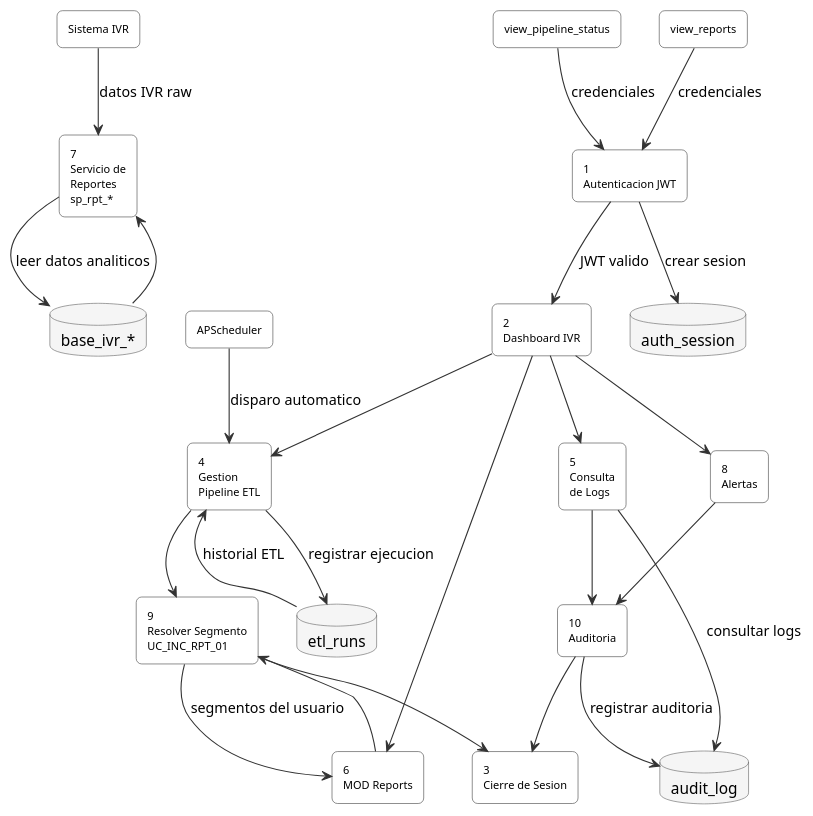
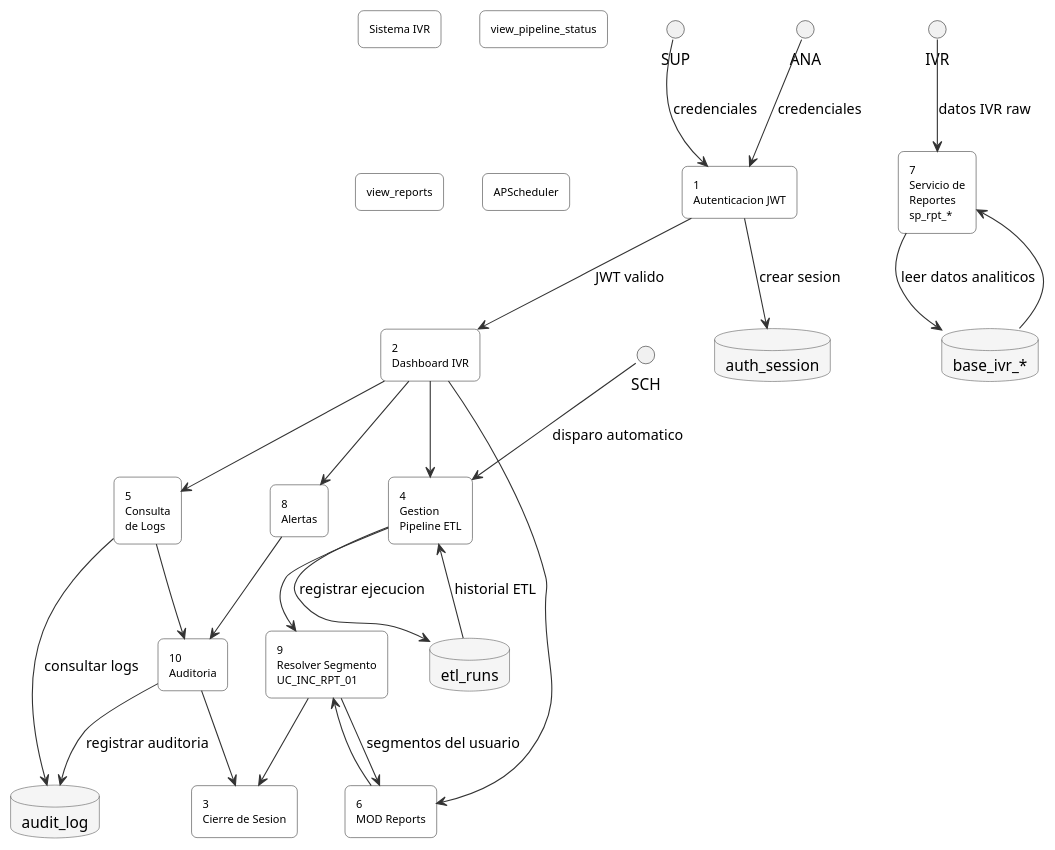
The diagram in source/arquitectura-tecnica/ArquitecturaSistema/dfd-nivel-1-subprocesos.rst (jcg-admin/IACT-docs), drawn with PlantUML before and after one commit. The commit also changed 47 other files, not shown here.

First line of the commit message:
Fix cryptic PlantUML aliases in UC and architecture files (STD_011)

```diff
--- a/source/arquitectura-tecnica/ArquitecturaSistema/dfd-nivel-1-subprocesos.rst
+++ b/source/arquitectura-tecnica/ArquitecturaSistema/dfd-nivel-1-subprocesos.rst
@@ -27,69 +27,69 @@
 .. uml::
  :caption: Figura 3 — DFD Nivel 1: descomposicion de sub-procesos
 
  @startuml
  skinparam rectangle {
    RoundCorner 10
    BackgroundColor white
    BorderColor #333333
    FontSize 10
  }
  skinparam database {
    BackgroundColor #f5f5f5
    BorderColor #555555
  }
  skinparam arrowColor #333333
 
- rectangle "Sistema IVR" as IVR
- rectangle "view_pipeline_status" as SUP
- rectangle "view_reports" as ANA
- rectangle "APScheduler" as SCH
+ rectangle "Sistema IVR" as SistemaIVR
+ rectangle "view_pipeline_status" as SupervisorSistema
+ rectangle "view_reports" as AnalistaReportes
+ rectangle "APScheduler" as DisparadorScheduler
 
  rectangle "1\nAutenticacion JWT" as P1
  rectangle "2\nDashboard IVR" as P2
  rectangle "3\nCierre de Sesion" as P3
  rectangle "4\nGestion\nPipeline ETL" as P4
  rectangle "5\nConsulta\nde Logs" as P5
  rectangle "6\nMOD Reports" as P6
  rectangle "7\nServicio de\nReportes\nsp_rpt_*" as P7
  rectangle "8\nAlertas" as P8
  rectangle "9\nResolver Segmento\nUC_INC_RPT_01" as P9
  rectangle "10\nAuditoria" as P10
 
  database "etl_runs" as DS1
  database "base_ivr_*" as DS2
  database "audit_log" as DS3
  database "auth_session" as DS4
 
  IVR --> P7 : datos IVR raw
  SUP --> P1 : credenciales
  ANA --> P1 : credenciales
  SCH --> P4 : disparo automatico
 
  P1 --> DS4 : crear sesion
  P1 --> P2 : JWT valido
 
  P2 --> P4
  P2 --> P5
  P2 --> P6
  P2 --> P8
 
  P4 --> DS1 : registrar ejecucion
  P4 --> P9
 
  P7 --> DS2 : leer datos analiticos
  DS2 --> P7
 
  P6 --> P9
  P9 --> P6 : segmentos del usuario
 
  DS1 --> P4 : historial ETL
  P5 --> DS3 : consultar logs
 
  P8 --> P10
  P5 --> P10
  P10 --> DS3 : registrar auditoria
  P9 --> P3
  P10 --> P3
 
  @enduml
```
